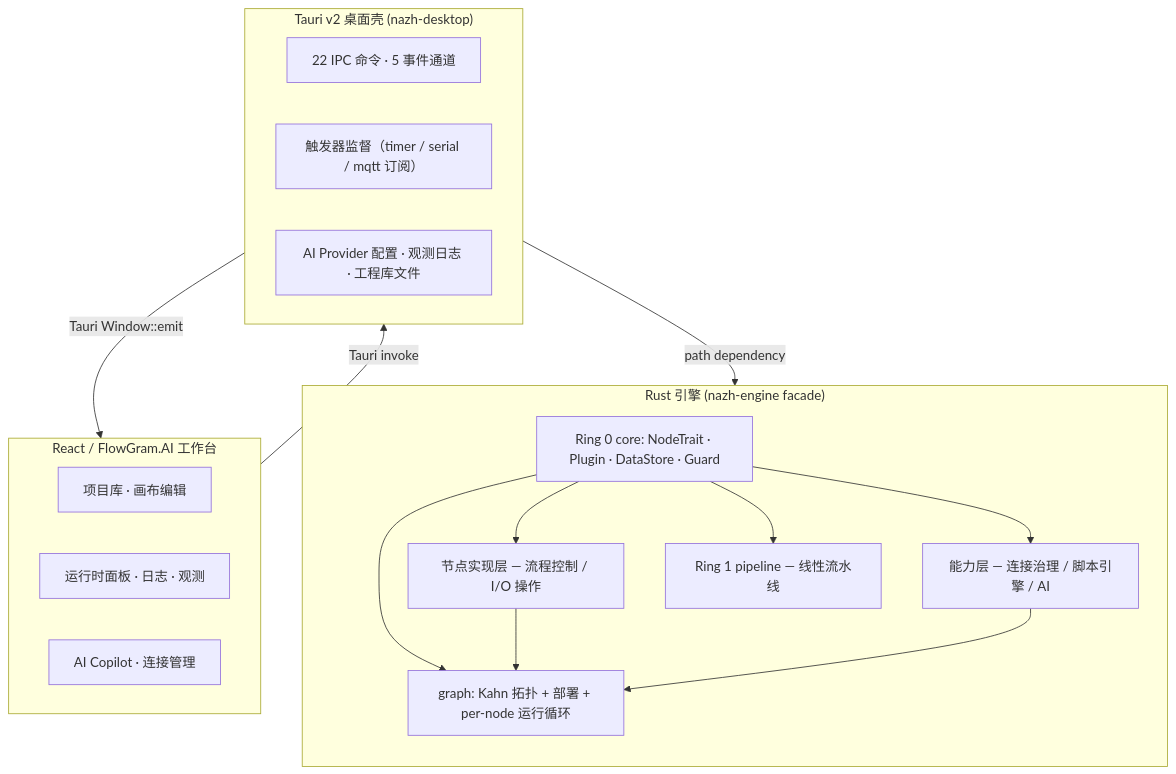
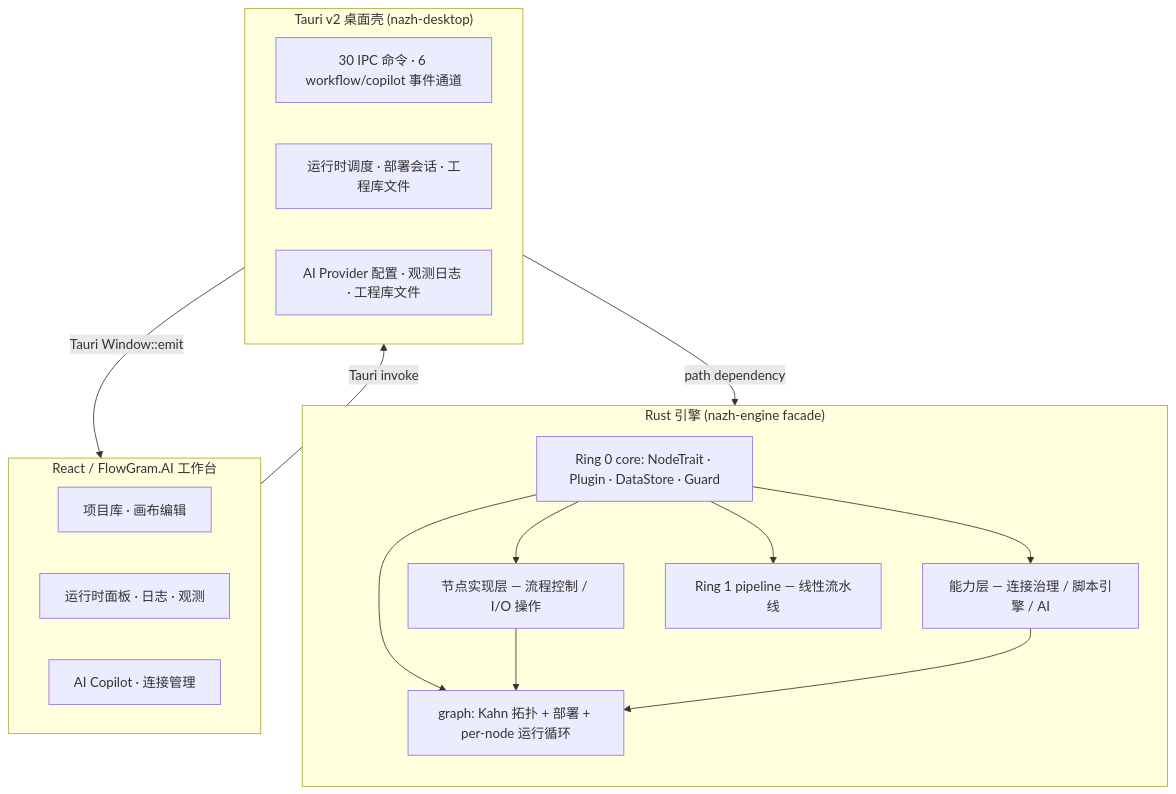
One commit to ssXue/Nazh changed the diagram in README.md. Above: the diagram before and after it, drawn with Mermaid. The commit also changed other lines of this file and 49 other files, not shown here.

````diff
--- a/README.md
+++ b/README.md
@@ -47,33 +47,33 @@
 ```mermaid
 flowchart TB
     subgraph Frontend["React / FlowGram.AI 工作台"]
         F1["项目库 · 画布编辑"]
         F2["运行时面板 · 日志 · 观测"]
         F3["AI Copilot · 连接管理"]
     end
 
     subgraph Shell["Tauri v2 桌面壳 (nazh-desktop)"]
-        S1["22 IPC 命令 · 5 事件通道"]
-        S2["触发器监督（timer / serial / mqtt 订阅）"]
+        S1["30 IPC 命令 · 6 workflow/copilot 事件通道"]
+        S2["运行时调度 · 部署会话 · 工程库文件"]
         S3["AI Provider 配置 · 观测日志 · 工程库文件"]
     end
 
     subgraph Engine["Rust 引擎 (nazh-engine facade)"]
         direction TB
         C0["Ring 0 core: NodeTrait · Plugin · DataStore · Guard"]
         C1a["节点实现层 — 流程控制 / I/O 操作"]
         C1b["能力层 — 连接治理 / 脚本引擎 / AI"]
         C1c["Ring 1 pipeline — 线性流水线"]
         G["graph: Kahn 拓扑 + 部署 + per-node 运行循环"]
         C0 --> C1a
         C0 --> C1b
         C0 --> C1c
         C0 --> G
         C1a --> G
         C1b --> G
     end
 
     Frontend -- "Tauri invoke" --> Shell
     Shell -- "Tauri Window::emit" --> Frontend
     Shell -- "path dependency" --> Engine
 ```
````
